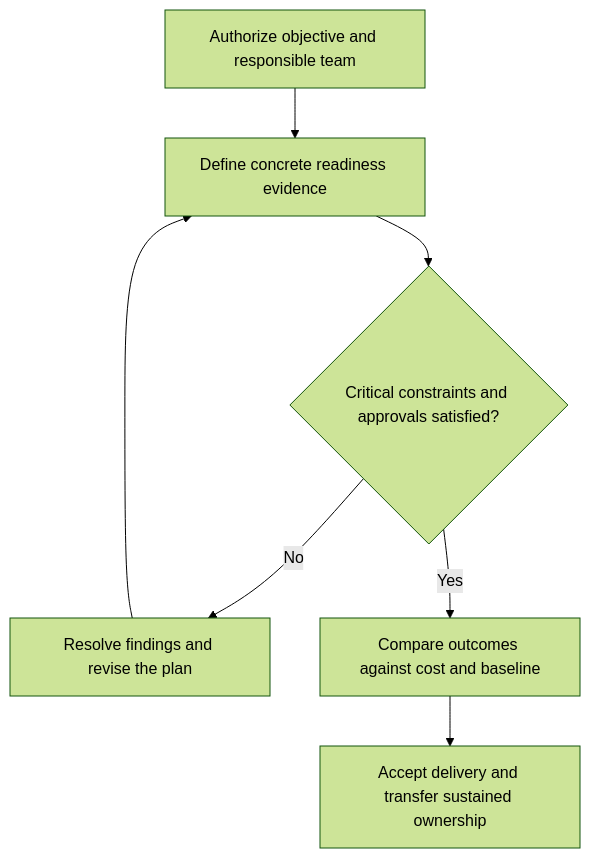
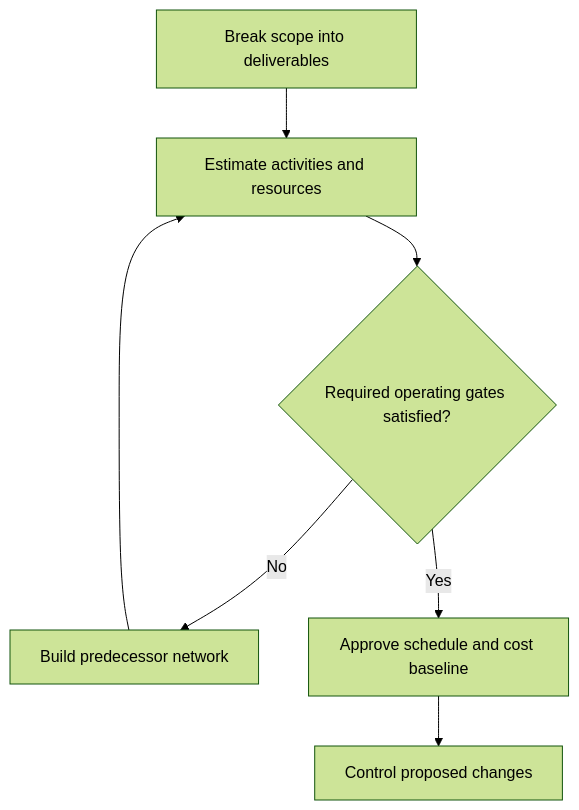
The diagram in 08-optimization-sustainability-technology/section-c-technology-trends/14-wbs-schedule-cost-baselines-and-change-control.md (theleanx/SupplyChain-Design-Notes), drawn with Mermaid (forest theme) before and after one commit. The commit also changed other lines of this file and 8 other files, not shown here.

Commit message:
refactor(module8): make C10-C18 decision logic, Mermaid, and practitioner notes topic-specific

````diff
--- a/08-optimization-sustainability-technology/section-c-technology-trends/14-wbs-schedule-cost-baselines-and-change-control.md
+++ b/08-optimization-sustainability-technology/section-c-technology-trends/14-wbs-schedule-cost-baselines-and-change-control.md
@@ -40,9 +40,9 @@
 ```mermaid
 flowchart TD
-    A[Authorize objective and responsible team] --> B[Define concrete readiness evidence]
-    B --> C{Critical constraints and approvals satisfied?}
-    C -- No --> D[Resolve findings and revise the plan]
+    A[Break scope into deliverables] --> B[Estimate activities and resources]
+    B --> C{Required operating gates satisfied?}
+    C -- No --> D[Build predecessor network]
     D --> B
-    C -- Yes --> E[Compare outcomes against cost and baseline]
-    E --> F[Accept delivery and transfer sustained ownership]
+    C -- Yes --> E[Approve schedule and cost baseline]
+    E --> F[Control proposed changes]
 ```
````
